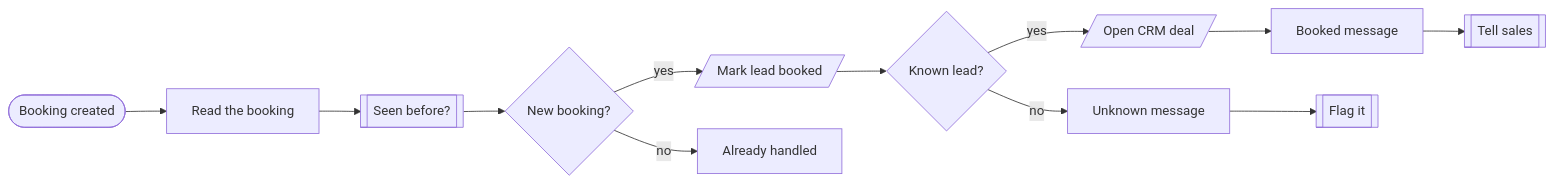
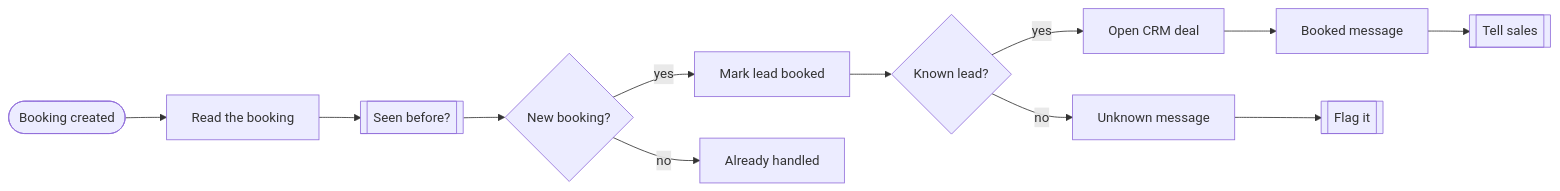
One commit to kimjoshuadr/n8n-workflows changed the third of 3 diagrams in systems/lead-intake/README.md. Above: the diagram before and after it, drawn with Mermaid. The commit also changed other lines of this file and 184 other files, not shown here.

Commit message:
Finish the move to named platforms: blocks, BambooHR, generated README, schema and platform marks

````diff
--- a/systems/lead-intake/README.md
+++ b/systems/lead-intake/README.md
@@ -144,26 +142,26 @@
 ```mermaid
 flowchart LR
   n1m0y7mi(["Booking created"])
   n1mrusef["Read the booking"]
   n1ja4syq[["Seen before?"]]
   nbp2ii5{"New booking?"}
-  n14sy1gg[/"Mark lead booked"/]
+  n14sy1gg["Mark lead booked"]
   no98tz3{"Known lead?"}
-  n2xndnh[/"Open CRM deal"/]
+  n2xndnh["Open CRM deal"]
   ncl9lau["Booked message"]
   n7dloas[["Tell sales"]]
   n5tuhwq["Unknown message"]
   n3b5xlk[["Flag it"]]
   n15km3ql["Already handled"]
   n1m0y7mi --> n1mrusef
   n1mrusef --> n1ja4syq
   n1ja4syq --> nbp2ii5
   nbp2ii5 -->|yes| n14sy1gg
   n14sy1gg --> no98tz3
   no98tz3 -->|yes| n2xndnh
   n2xndnh --> ncl9lau
   ncl9lau --> n7dloas
   nbp2ii5 -->|no| n15km3ql
   no98tz3 -->|no| n5tuhwq
   n5tuhwq --> n3b5xlk
 ```
````
